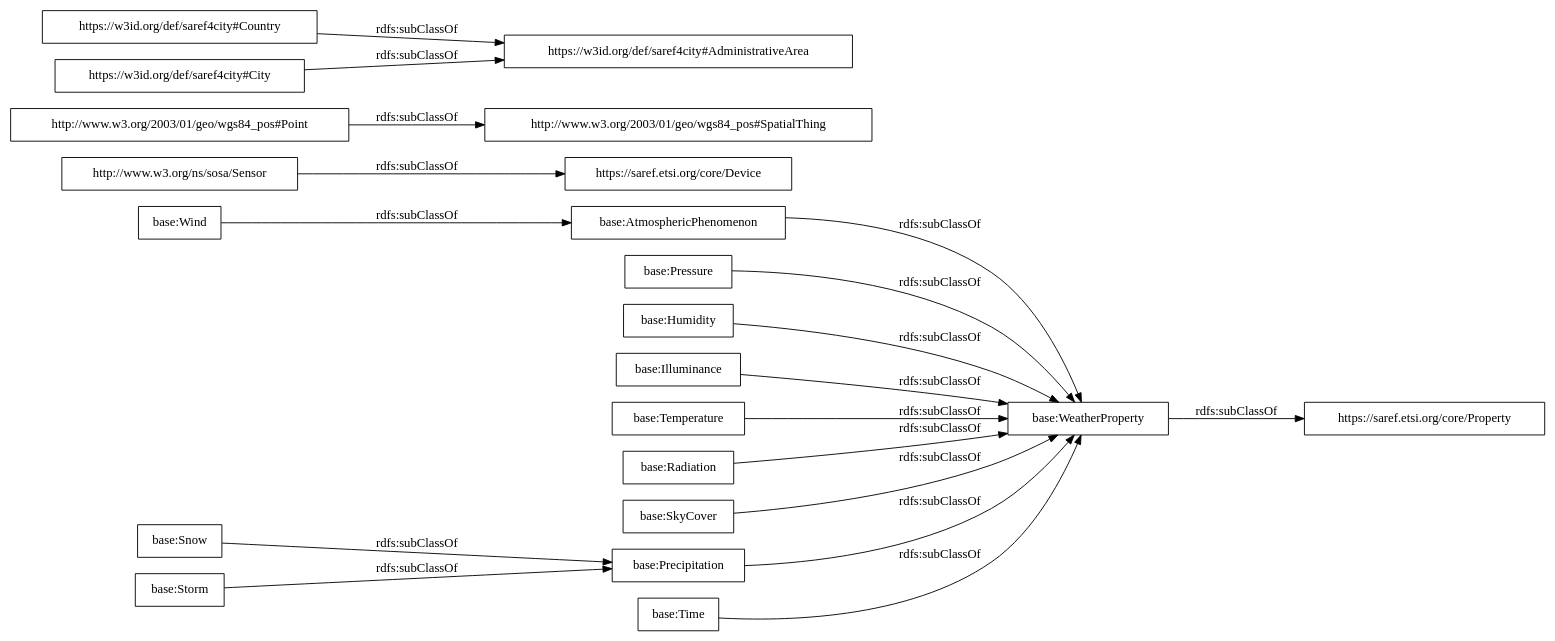
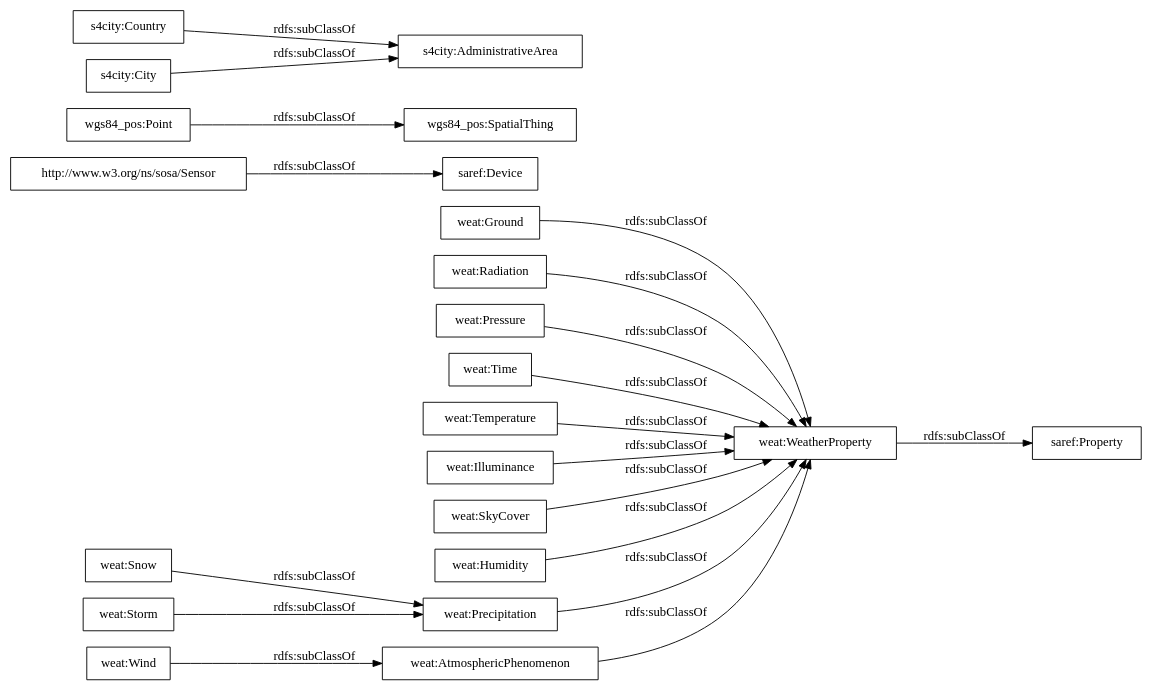
The diagram in OnToology/Ontology/ontology.ttl/diagrams/ar2dtool-taxonomy/ontology.ttl.png.dot (oeg-upm/bimerr-weather), drawn with Graphviz before and after one commit. The commit also changed 21 other files, not shown here.

```diff
--- a/OnToology/Ontology/ontology.ttl/diagrams/ar2dtool-taxonomy/ontology.ttl.png.dot
+++ b/OnToology/Ontology/ontology.ttl/diagrams/ar2dtool-taxonomy/ontology.ttl.png.dot
@@ -1,23 +1,24 @@
 digraph ar2dtool_diagram { 
 rankdir=LR;
 size="1000"
-node [shape = rectangle, color="black"]; "base:Snow" "base:Pressure" "base:Humidity" "https://saref.etsi.org/core/Device" "base:Illuminance" "base:Temperature" "base:WeatherProperty" "base:Radiation" "base:SkyCover" "http://www.w3.org/2003/01/geo/wgs84_pos#SpatialThing" "base:AtmosphericPhenomenon" "https://w3id.org/def/saref4city#Country" "https://w3id.org/def/saref4city#AdministrativeArea" "base:Storm" "base:Time" "http://www.w3.org/ns/sosa/Sensor" "https://saref.etsi.org/core/Property" "https://w3id.org/def/saref4city#City" "http://www.w3.org/2003/01/geo/wgs84_pos#Point" "base:Wind" "base:Precipitation" ; /*classes style*/
-	"base:WeatherProperty" -> "https://saref.etsi.org/core/Property" [ label = "rdfs:subClassOf" ];
-	"base:Illuminance" -> "base:WeatherProperty" [ label = "rdfs:subClassOf" ];
-	"base:SkyCover" -> "base:WeatherProperty" [ label = "rdfs:subClassOf" ];
-	"base:Time" -> "base:WeatherProperty" [ label = "rdfs:subClassOf" ];
-	"base:Radiation" -> "base:WeatherProperty" [ label = "rdfs:subClassOf" ];
-	"base:Wind" -> "base:AtmosphericPhenomenon" [ label = "rdfs:subClassOf" ];
-	"base:Pressure" -> "base:WeatherProperty" [ label = "rdfs:subClassOf" ];
-	"http://www.w3.org/2003/01/geo/wgs84_pos#Point" -> "http://www.w3.org/2003/01/geo/wgs84_pos#SpatialThing" [ label = "rdfs:subClassOf" ];
-	"https://w3id.org/def/saref4city#City" -> "https://w3id.org/def/saref4city#AdministrativeArea" [ label = "rdfs:subClassOf" ];
-	"base:Temperature" -> "base:WeatherProperty" [ label = "rdfs:subClassOf" ];
-	"base:Snow" -> "base:Precipitation" [ label = "rdfs:subClassOf" ];
-	"base:Precipitation" -> "base:WeatherProperty" [ label = "rdfs:subClassOf" ];
-	"http://www.w3.org/ns/sosa/Sensor" -> "https://saref.etsi.org/core/Device" [ label = "rdfs:subClassOf" ];
-	"base:AtmosphericPhenomenon" -> "base:WeatherProperty" [ label = "rdfs:subClassOf" ];
-	"base:Storm" -> "base:Precipitation" [ label = "rdfs:subClassOf" ];
-	"base:Humidity" -> "base:WeatherProperty" [ label = "rdfs:subClassOf" ];
-	"https://w3id.org/def/saref4city#Country" -> "https://w3id.org/def/saref4city#AdministrativeArea" [ label = "rdfs:subClassOf" ];
+node [shape = rectangle, color="black"]; "weat:AtmosphericPhenomenon" "weat:Snow" "weat:Storm" "weat:Ground" "weat:WeatherProperty" "saref:Device" "weat:Radiation" "weat:Pressure" "weat:Time" "weat:Temperature" "wgs84_pos:SpatialThing" "s4city:Country" "s4city:AdministrativeArea" "weat:Illuminance" "weat:SkyCover" "http://www.w3.org/ns/sosa/Sensor" "saref:Property" "s4city:City" "wgs84_pos:Point" "weat:Wind" "weat:Humidity" "weat:Precipitation" ; /*classes style*/
+	"weat:Illuminance" -> "weat:WeatherProperty" [ label = "rdfs:subClassOf" ];
+	"weat:Snow" -> "weat:Precipitation" [ label = "rdfs:subClassOf" ];
+	"weat:WeatherProperty" -> "saref:Property" [ label = "rdfs:subClassOf" ];
+	"weat:Pressure" -> "weat:WeatherProperty" [ label = "rdfs:subClassOf" ];
+	"weat:Ground" -> "weat:WeatherProperty" [ label = "rdfs:subClassOf" ];
+	"weat:Radiation" -> "weat:WeatherProperty" [ label = "rdfs:subClassOf" ];
+	"wgs84_pos:Point" -> "wgs84_pos:SpatialThing" [ label = "rdfs:subClassOf" ];
+	"s4city:City" -> "s4city:AdministrativeArea" [ label = "rdfs:subClassOf" ];
+	"weat:Humidity" -> "weat:WeatherProperty" [ label = "rdfs:subClassOf" ];
+	"weat:Time" -> "weat:WeatherProperty" [ label = "rdfs:subClassOf" ];
+	"weat:Wind" -> "weat:AtmosphericPhenomenon" [ label = "rdfs:subClassOf" ];
+	"weat:Storm" -> "weat:Precipitation" [ label = "rdfs:subClassOf" ];
+	"weat:Precipitation" -> "weat:WeatherProperty" [ label = "rdfs:subClassOf" ];
+	"http://www.w3.org/ns/sosa/Sensor" -> "saref:Device" [ label = "rdfs:subClassOf" ];
+	"weat:AtmosphericPhenomenon" -> "weat:WeatherProperty" [ label = "rdfs:subClassOf" ];
+	"weat:SkyCover" -> "weat:WeatherProperty" [ label = "rdfs:subClassOf" ];
+	"s4city:Country" -> "s4city:AdministrativeArea" [ label = "rdfs:subClassOf" ];
+	"weat:Temperature" -> "weat:WeatherProperty" [ label = "rdfs:subClassOf" ];
 
 }
```
